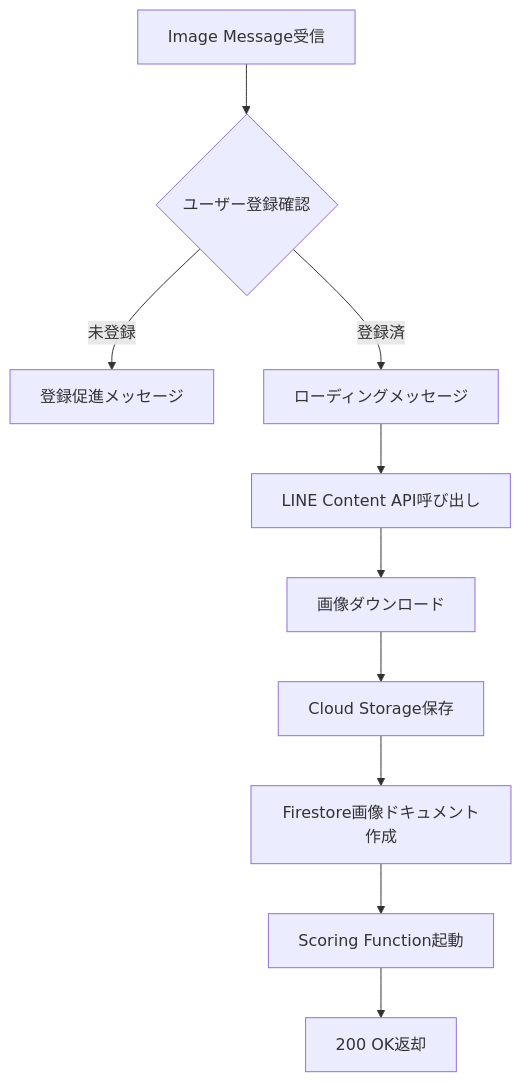
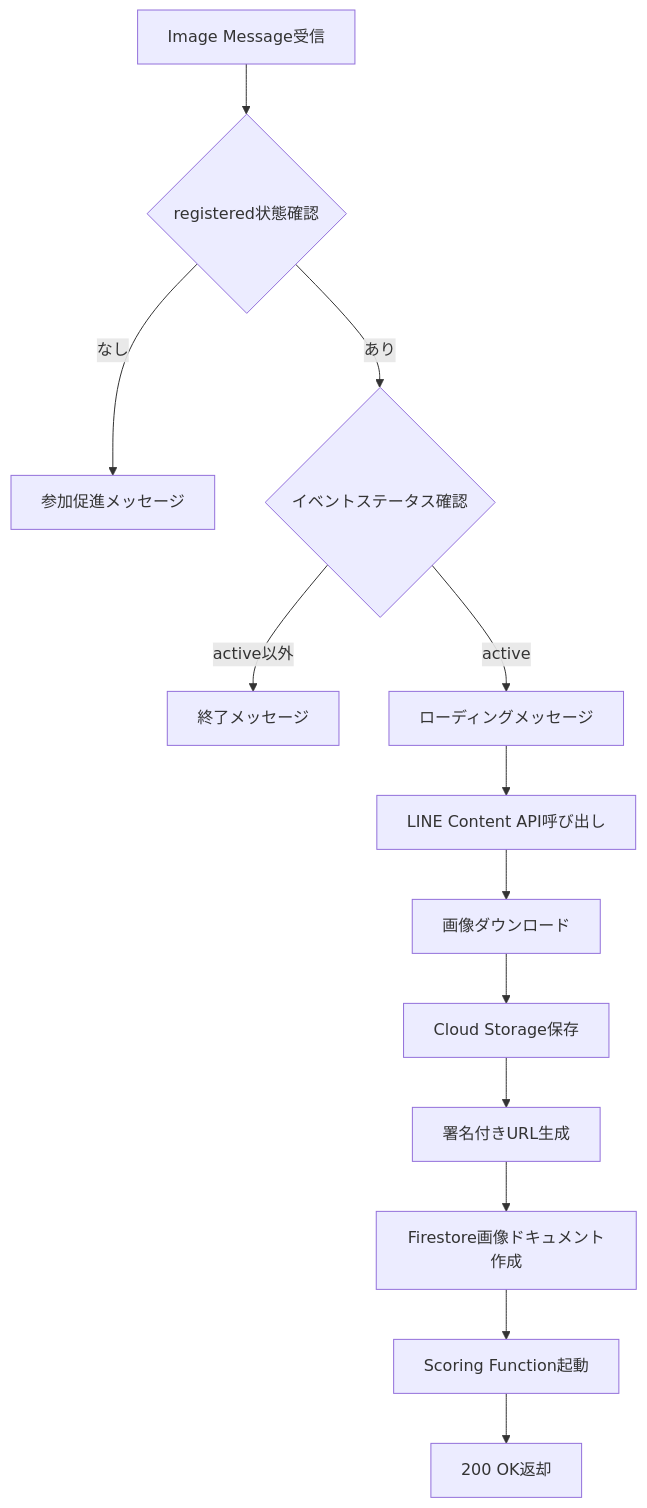
The third of 3 diagrams in docs/api/webhook.md (nakayamaryo0731/wedding_smile_catcher), drawn with Mermaid before and after one commit. The commit also changed other lines of this file and 18 other files, not shown here.

````diff
--- a/docs/api/webhook.md
+++ b/docs/api/webhook.md
@@ -219,13 +203,16 @@
 ```mermaid
 graph TD
-    A[Image Message受信] --> B{ユーザー登録確認}
-    B -->|未登録| C[登録促進メッセージ]
-    B -->|登録済| D[ローディングメッセージ]
+    A[Image Message受信] --> B{registered状態確認}
+    B -->|なし| C[参加促進メッセージ]
+    B -->|あり| D{イベントステータス確認}
+    D -->|active以外| E[終了メッセージ]
+    D -->|active| F[ローディングメッセージ]
 
-    D --> E[LINE Content API呼び出し]
-    E --> F[画像ダウンロード]
-    F --> G[Cloud Storage保存]
-    G --> H[Firestore画像ドキュメント作成]
-    H --> I[Scoring Function起動]
-    I --> J[200 OK返却]
+    F --> G[LINE Content API呼び出し]
+    G --> H[画像ダウンロード]
+    H --> I[Cloud Storage保存]
+    I --> J[署名付きURL生成]
+    J --> K[Firestore画像ドキュメント作成]
+    K --> L[Scoring Function起動]
+    L --> M[200 OK返却]
 ```
````
